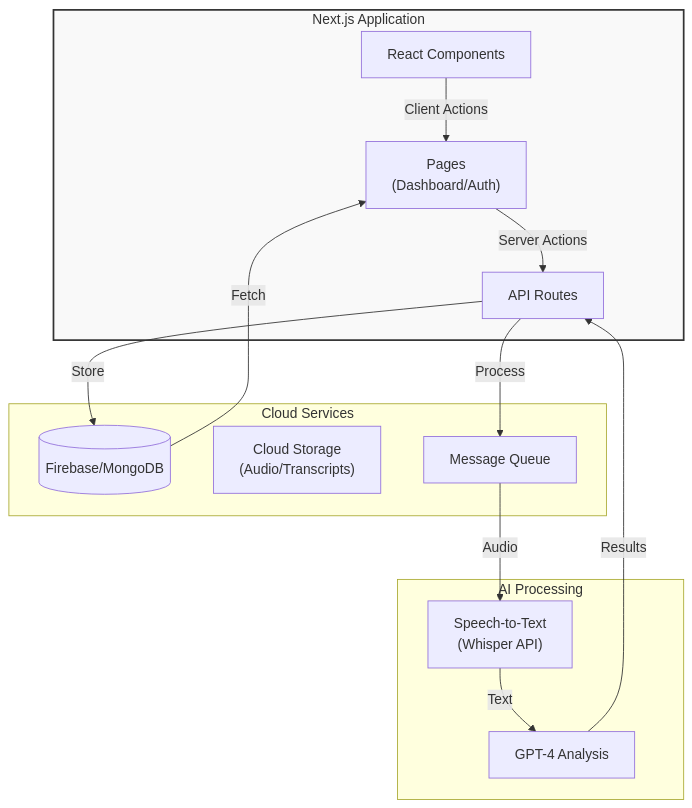
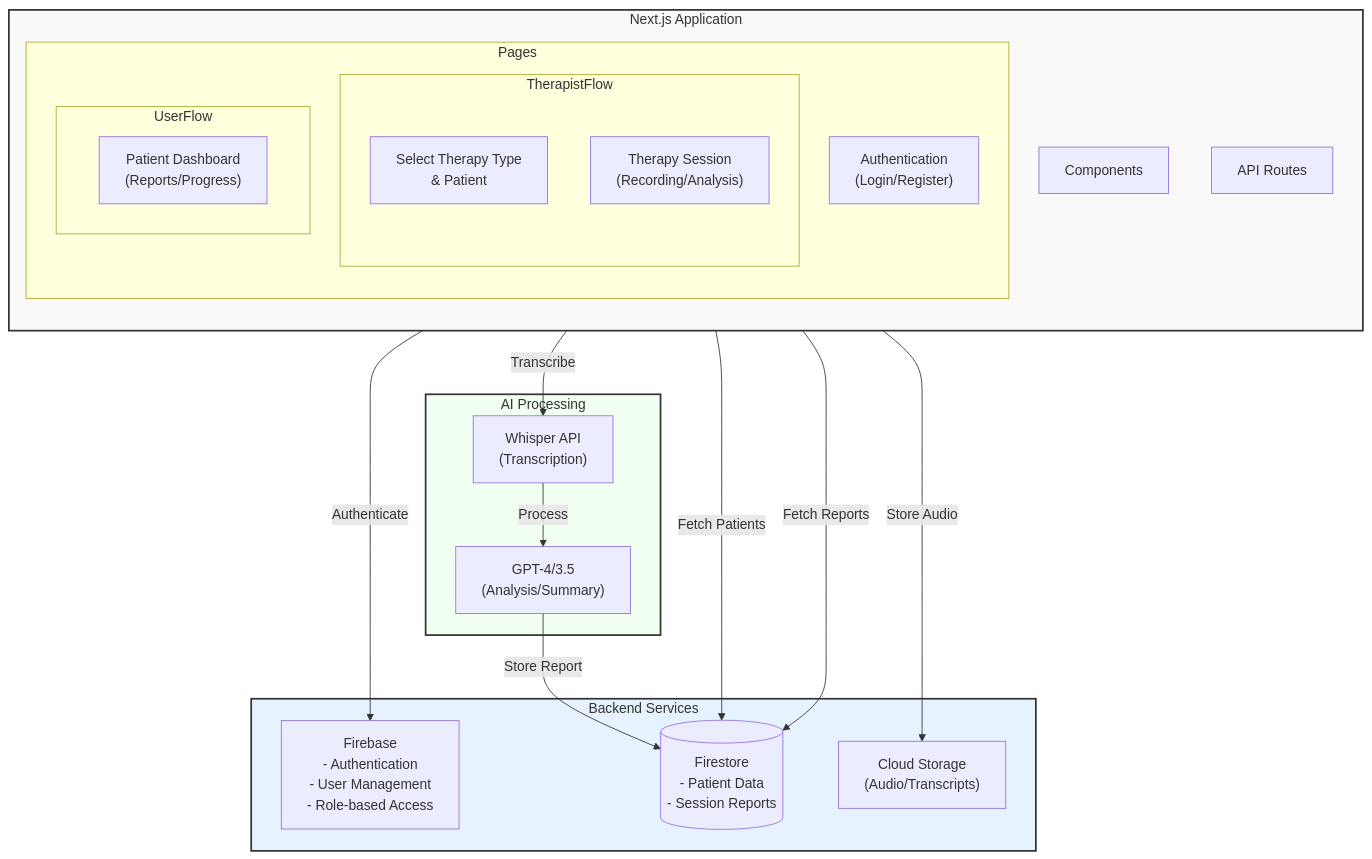
The diagram in README.md (Francescocrivelli/recursive_video), drawn with Mermaid before and after one commit. The commit also changed other lines of this file and 2 other files, not shown here.

Commit message:
updated read

````diff
--- a/README.md
+++ b/README.md
@@ -9,30 +9,47 @@
 ```mermaid
 flowchart TD
-    subgraph Frontend["Next.js Application"]
-        Pages["Pages\n(Dashboard/Auth)"]
-        Components["React Components"]
+    subgraph Client["Next.js Application"]
+        direction TB
+        Pages["Pages"]
+        Components["Components"]
         APIRoutes["API Routes"]
+        
+        subgraph Pages
+            Auth["Authentication\n(Login/Register)"]
+            TherapistFlow["Therapist Flow"]
+            UserFlow["User Flow"]
+        end
+        
+        subgraph TherapistFlow
+            SelectType["Select Therapy Type\n& Patient"]
+            Session["Therapy Session\n(Recording/Analysis)"]
+        end
+        
+        subgraph UserFlow
+            Dashboard["Patient Dashboard\n(Reports/Progress)"]
+        end
     end
 
-    subgraph Services["Cloud Services"]
-        DB[(Firebase/MongoDB)]
+    subgraph Backend["Backend Services"]
+        Firebase["Firebase\n- Authentication\n- User Management\n- Role-based Access"]
+        DB[(Firestore\n- Patient Data\n- Session Reports)]
         Storage["Cloud Storage\n(Audio/Transcripts)"]
-        Queue["Message Queue"]
     end
 
     subgraph AI["AI Processing"]
-        STT["Speech-to-Text\n(Whisper API)"]
-        Analysis["GPT-4 Analysis"]
+        Whisper["Whisper API\n(Transcription)"]
+        GPT["GPT-4/3.5\n(Analysis/Summary)"]
     end
 
-    Components -->|Client Actions| Pages
-    Pages -->|Server Actions| APIRoutes
-    APIRoutes -->|Process| Queue
-    Queue -->|Audio| STT
-    STT -->|Text| Analysis
-    Analysis -->|Results| APIRoutes
-    APIRoutes -->|Store| DB
-    DB -->|Fetch| Pages
+    Auth -->|Authenticate| Firebase
+    TherapistFlow -->|Fetch Patients| DB
+    Session -->|Store Audio| Storage
+    Session -->|Transcribe| Whisper
+    Whisper -->|Process| GPT
+    GPT -->|Store Report| DB
+    UserFlow -->|Fetch Reports| DB
     
-    style Frontend fill:#f9f9f9,stroke:#333,stroke-width:2px
+    style Client fill:#f9f9f9,stroke:#333,stroke-width:2px
+    style Backend fill:#e6f3ff,stroke:#333,stroke-width:2px
+    style AI fill:#f0fff0,stroke:#333,stroke-width:2px
 ```
````
